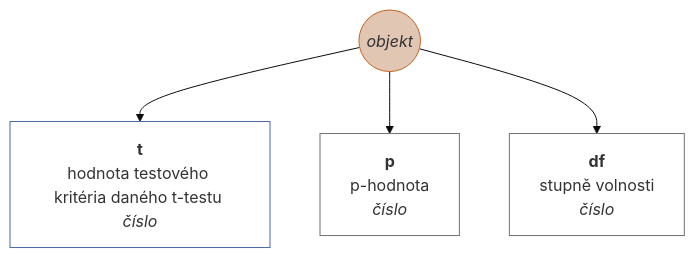
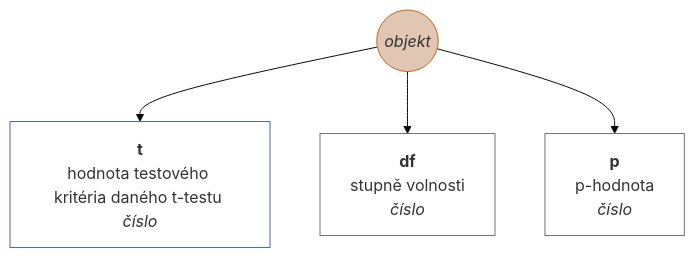
One commit to muzikp/retusa changed diagram 39 of 45 in docs/cs-CZ.md. Above: the diagram before and after it, drawn with Mermaid (base theme). The commit also changed other lines of this file and 9 other files, not shown here.

````diff
--- a/docs/cs-CZ.md
+++ b/docs/cs-CZ.md
@@ -1467,16 +1566,16 @@
 ```mermaid
 graph TD
 ttestpair((<i>objekt</i>))
 style ttestpair fill:#E1C6B3;
 style ttestpair stroke:#C36422;
 ttestpair --> t[<b>t</b><br>hodnota testového kritéria daného t-testu <br><i>číslo</i>]
 style t fill:#FFFFFF;
 style t stroke:#4967A4;
+ttestpair --> df[<b>df</b><br>stupně volnosti <br><i>číslo</i>]
+style df fill:#FFFFFF;
+style df stroke:#75716F;
 ttestpair --> p[<b>p</b><br>p-hodnota <br><i>číslo</i>]
 style p fill:#FFFFFF;
 style p stroke:#75716F;
-ttestpair --> df[<b>df</b><br>stupně volnosti <br><i>číslo</i>]
-style df fill:#FFFFFF;
-style df stroke:#75716F;
 
 ```
````
